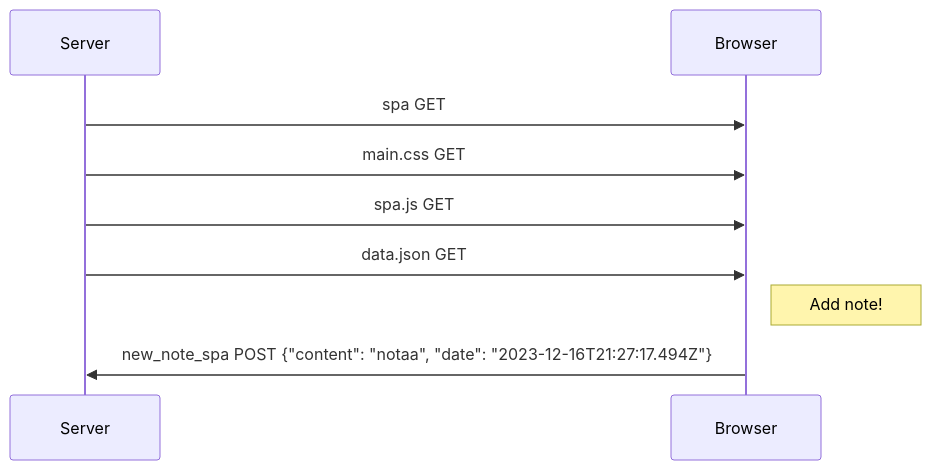
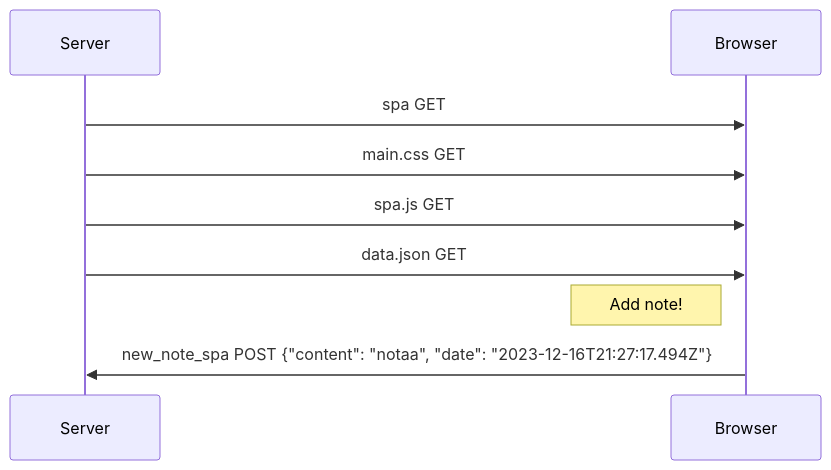
Before and after one commit to juanngonzalez/FullStackOpen.Part0: the second of 2 diagrams in README.md, drawn with Mermaid.

````diff
--- a/README.md
+++ b/README.md
@@ -11,9 +11,9 @@
 ```mermaid
 sequenceDiagram
 Server->>Browser: spa GET
   Server->>Browser: main.css GET
   Server->>Browser: spa.js GET
   Server->>Browser: data.json GET
-  Note right of Browser: Add note!
+  Note left of Browser: Add note!
   Browser->>Server: new_note_spa POST {"content": "notaa", "date": "2023-12-16T21:27:17.494Z"}
 ```
````
